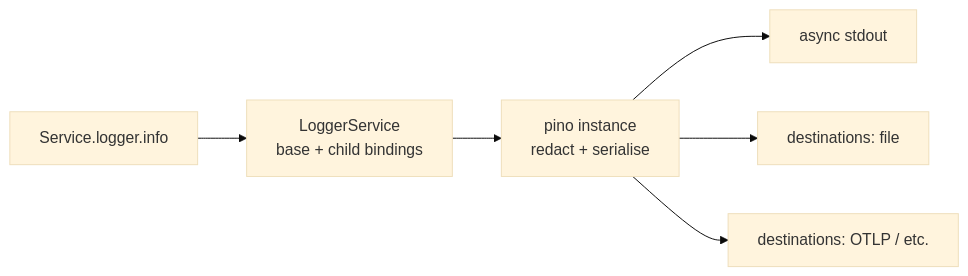
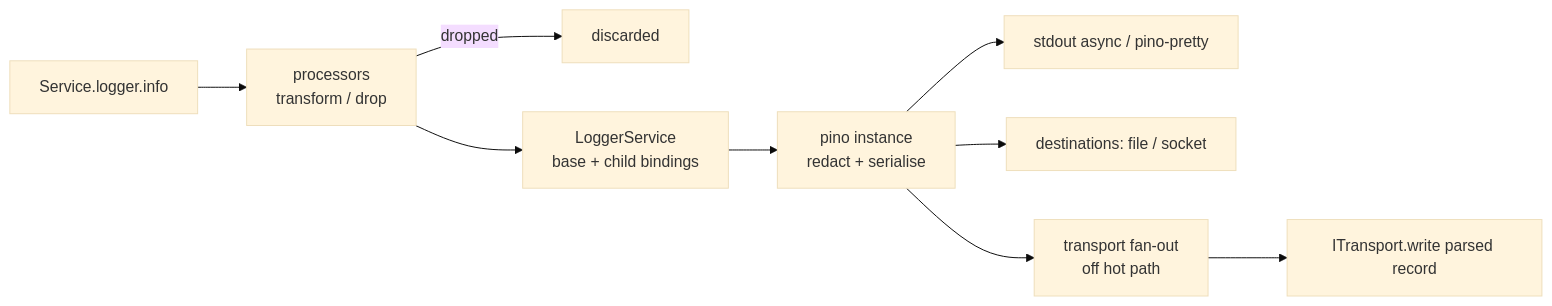
One commit to omnitron-dev/website changed the diagram in docs/titan/modules/logger.mdx. Above: the diagram before and after it, drawn with Mermaid (base theme). The commit also changed other lines of this file and 3 other files, not shown here.

First line of the commit message:
docs(titan/logger): document transports/processors/prettyPrint as functional

````diff
--- a/docs/titan/modules/logger.mdx
+++ b/docs/titan/modules/logger.mdx
@@ -303,9 +360,12 @@
 ```mermaid
 flowchart LR
   Code[Service.logger.info]
-  Code --> Bind[LoggerService<br/>base + child bindings]
+  Code --> Proc[processors<br/>transform / drop]
+  Proc -->|dropped| X[discarded]
+  Proc --> Bind[LoggerService<br/>base + child bindings]
   Bind --> Pino[pino instance<br/>redact + serialise]
-  Pino --> Out1[async stdout]
-  Pino --> Out2[destinations: file]
-  Pino --> Out3[destinations: OTLP / etc.]
+  Pino --> Out1[stdout async / pino-pretty]
+  Pino --> Out2[destinations: file / socket]
+  Pino --> Fan[transport fan-out<br/>off hot path]
+  Fan --> T1[ITransport.write parsed record]
 ```
````
